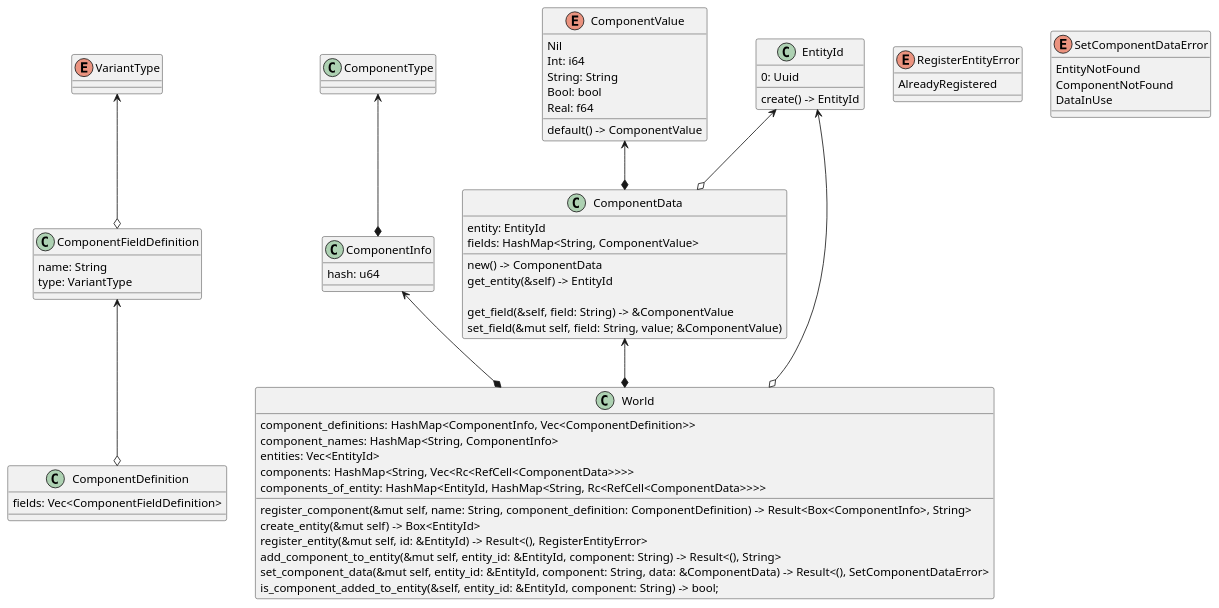
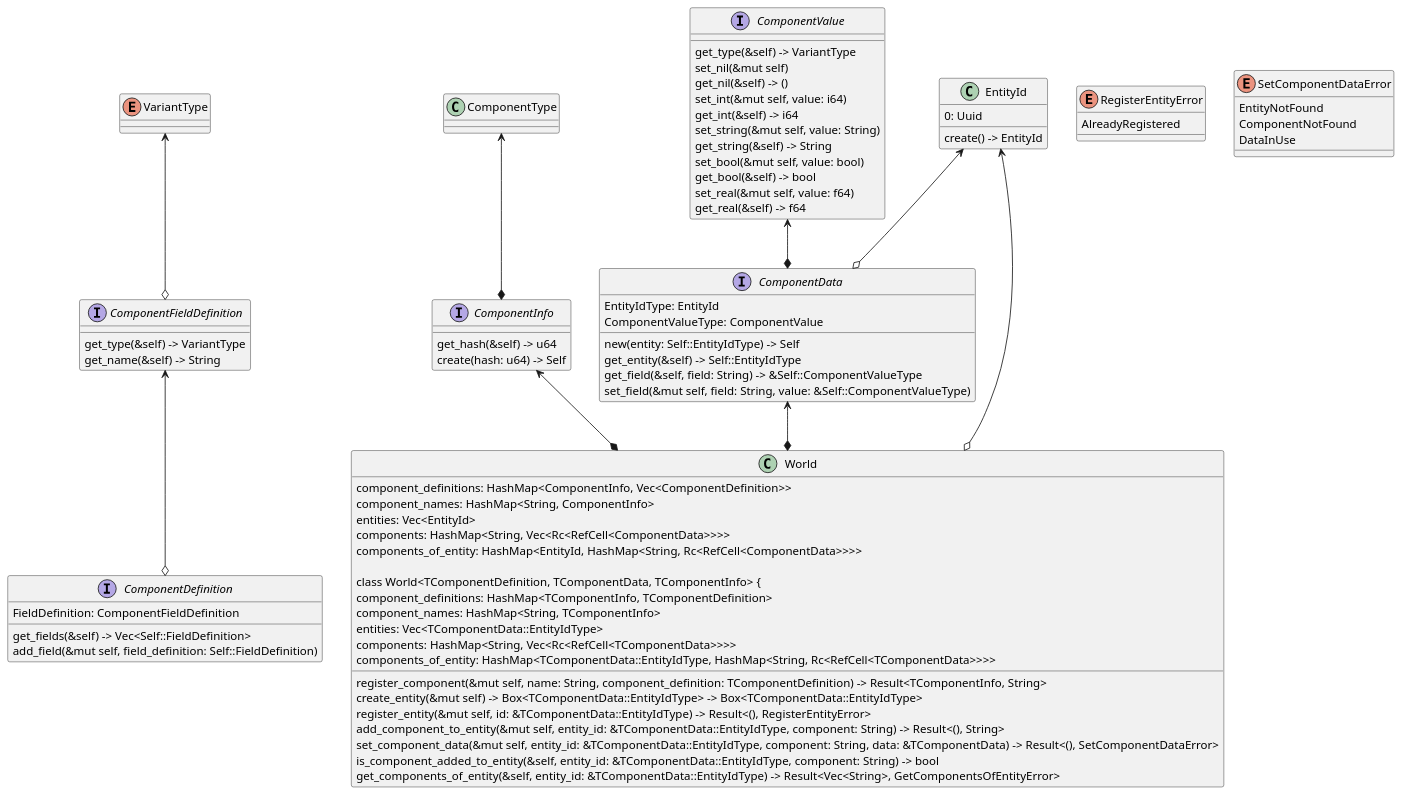
Before and after one commit to Beliar83/godot-component-system: the diagram in model/ClassDiagram.puml, drawn with PlantUML.

Commit message:
Update model to changes

```diff
--- a/model/ClassDiagram.puml
+++ b/model/ClassDiagram.puml
@@ -1,80 +1,94 @@
 @startuml
 'https://plantuml.com/class-diagram
 
 VariantType <--o ComponentFieldDefinition
 ComponentType <--* ComponentInfo
 ComponentInfo <--* World
 ComponentValue <--* ComponentData
 ComponentData <--* World
 EntityId <--o ComponentData
 EntityId <--o World
 ComponentFieldDefinition <--o ComponentDefinition
 
 enum VariantType
 
-class ComponentFieldDefinition {
-    name: String
-    type: VariantType
+interface ComponentFieldDefinition {
+    get_type(&self) -> VariantType
+    get_name(&self) -> String
 }
 
-class ComponentDefinition {
-    fields: Vec<ComponentFieldDefinition>
+interface ComponentDefinition {
+    FieldDefinition: ComponentFieldDefinition
+    get_fields(&self) -> Vec<Self::FieldDefinition>
+    add_field(&mut self, field_definition: Self::FieldDefinition)
 }
 
-class ComponentInfo {
-    hash: u64
+interface ComponentInfo {
+    get_hash(&self) -> u64
+    create(hash: u64) -> Self
 }
 
-class ComponentData {
-    entity: EntityId
-    fields: HashMap<String, ComponentValue>
+interface ComponentData {
+    EntityIdType: EntityId
+    ComponentValueType: ComponentValue
 
-    new() -> ComponentData
-    get_entity(&self) -> EntityId
-
-    get_field(&self, field: String) -> &ComponentValue
-    set_field(&mut self, field: String, value; &ComponentValue)
+    new(entity: Self::EntityIdType) -> Self
+    get_entity(&self) -> Self::EntityIdType
+    get_field(&self, field: String) -> &Self::ComponentValueType
+    set_field(&mut self, field: String, value: &Self::ComponentValueType)
 }
 
-enum ComponentValue {
-    Nil
-    Int: i64
-    String: String
-    Bool: bool
-    Real: f64
-
-    default() -> ComponentValue
+interface ComponentValue {
+    get_type(&self) -> VariantType
+    set_nil(&mut self)
+    get_nil(&self) -> ()
+    set_int(&mut self, value: i64)
+    get_int(&self) -> i64
+    set_string(&mut self, value: String)
+    get_string(&self) -> String
+    set_bool(&mut self, value: bool)
+    get_bool(&self) -> bool
+    set_real(&mut self, value: f64)
+    get_real(&self) -> f64
 }
 
 class EntityId {
     0: Uuid
 
     create() -> EntityId
 }
 
 enum RegisterEntityError {
     AlreadyRegistered
 }
 
 enum SetComponentDataError {
     EntityNotFound
     ComponentNotFound
     DataInUse
 }
 
 class World {
     component_definitions: HashMap<ComponentInfo, Vec<ComponentDefinition>>
     component_names: HashMap<String, ComponentInfo>
     entities: Vec<EntityId>
     components: HashMap<String, Vec<Rc<RefCell<ComponentData>>>>
     components_of_entity: HashMap<EntityId, HashMap<String, Rc<RefCell<ComponentData>>>>
 
-    register_component(&mut self, name: String, component_definition: ComponentDefinition) -> Result<Box<ComponentInfo>, String>
-    create_entity(&mut self) -> Box<EntityId>
-    register_entity(&mut self, id: &EntityId) -> Result<(), RegisterEntityError>
-    add_component_to_entity(&mut self, entity_id: &EntityId, component: String) -> Result<(), String>
-    set_component_data(&mut self, entity_id: &EntityId, component: String, data: &ComponentData) -> Result<(), SetComponentDataError>
-    is_component_added_to_entity(&self, entity_id: &EntityId, component: String) -> bool;
+class World<TComponentDefinition, TComponentData, TComponentInfo> {
+    component_definitions: HashMap<TComponentInfo, TComponentDefinition>
+    component_names: HashMap<String, TComponentInfo>
+    entities: Vec<TComponentData::EntityIdType>
+    components: HashMap<String, Vec<Rc<RefCell<TComponentData>>>>
+    components_of_entity: HashMap<TComponentData::EntityIdType, HashMap<String, Rc<RefCell<TComponentData>>>>
+
+    register_component(&mut self, name: String, component_definition: TComponentDefinition) -> Result<TComponentInfo, String>
+    create_entity(&mut self) -> Box<TComponentData::EntityIdType> -> Box<TComponentData::EntityIdType>
+    register_entity(&mut self, id: &TComponentData::EntityIdType) -> Result<(), RegisterEntityError>
+    add_component_to_entity(&mut self, entity_id: &TComponentData::EntityIdType, component: String) -> Result<(), String>
+    set_component_data(&mut self, entity_id: &TComponentData::EntityIdType, component: String, data: &TComponentData) -> Result<(), SetComponentDataError>
+    is_component_added_to_entity(&self, entity_id: &TComponentData::EntityIdType, component: String) -> bool
+    get_components_of_entity(&self, entity_id: &TComponentData::EntityIdType) -> Result<Vec<String>, GetComponentsOfEntityError>
 }
 
 @enduml
```
